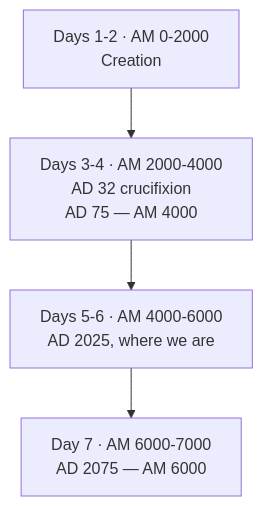
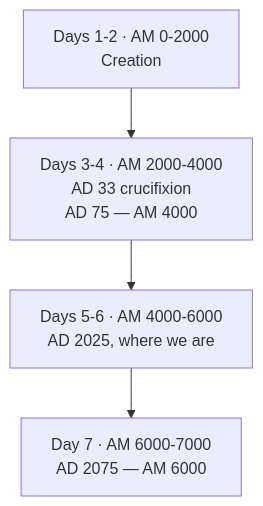
Before and after one commit to ding0t/bible_studies: the diagram in docs/content/last-things/day-is-near.md, drawn with Mermaid. The commit also changed 1 other file, not shown here.

First paragraph of the commit message:
feat(content): FAQ entry for the crucifixion date, and fix a conflicting chart
New "Dates and chronology" section on the FAQ, opening with when Jesus was
crucified: Friday, 3 April AD 33, linked to the study that works it out.

````diff
--- a/docs/content/last-things/day-is-near.md
+++ b/docs/content/last-things/day-is-near.md
@@ -129,6 +129,6 @@
 ```mermaid
 flowchart TD
-    A["Days 1-2 · AM 0-2000<br/>Creation"] --> B["Days 3-4 · AM 2000-4000<br/>AD 32 crucifixion<br/>AD 75 — AM 4000"]
+    A["Days 1-2 · AM 0-2000<br/>Creation"] --> B["Days 3-4 · AM 2000-4000<br/>AD 33 crucifixion<br/>AD 75 — AM 4000"]
     B --> C["Days 5-6 · AM 4000-6000<br/>AD 2025, where we are"]
     C --> D["Day 7 · AM 6000-7000<br/>AD 2075 — AM 6000"]
 ```
````
